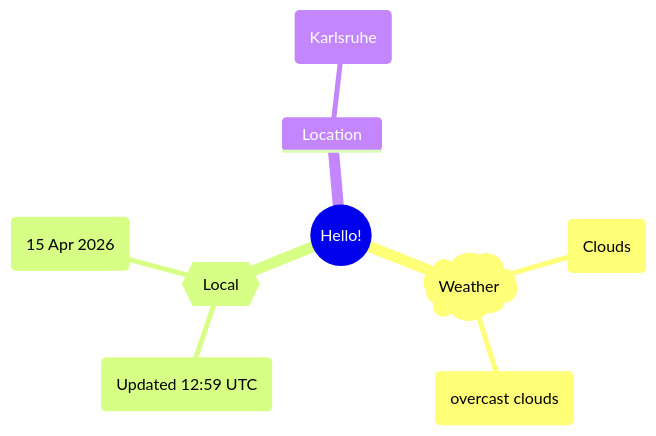
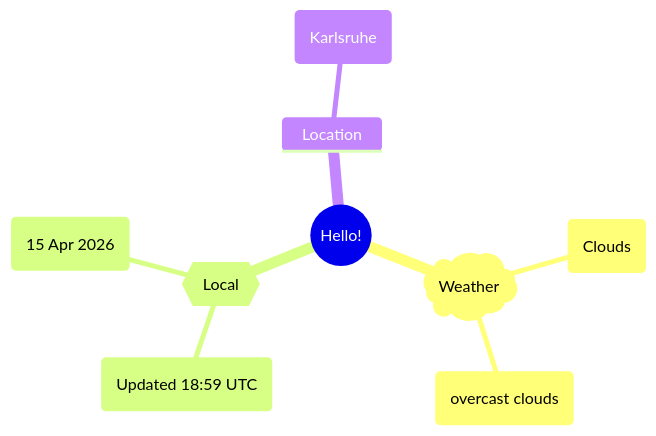
Before and after one commit to Xosrov/Xosrov: the first of 2 diagrams in README.md, drawn with Mermaid.

Commit message:
[bot] updated images

````diff
--- a/README.md
+++ b/README.md
@@ -3,12 +3,12 @@
 ```mermaid
 mindmap
   root((Hello!))
     )Weather(
         (Clouds)
         (overcast clouds)
     {{Local}}
-        (Updated 12:59 UTC)
+        (Updated 18:59 UTC)
         (15 Apr 2026)
     Location
         (Karlsruhe)
 ```
````
